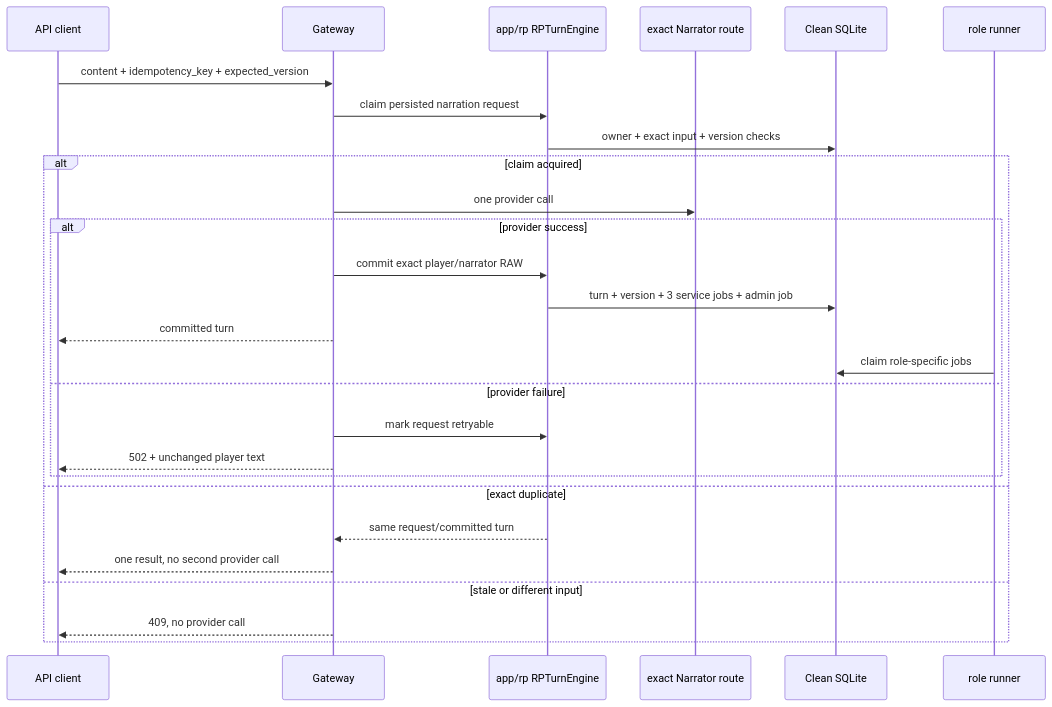
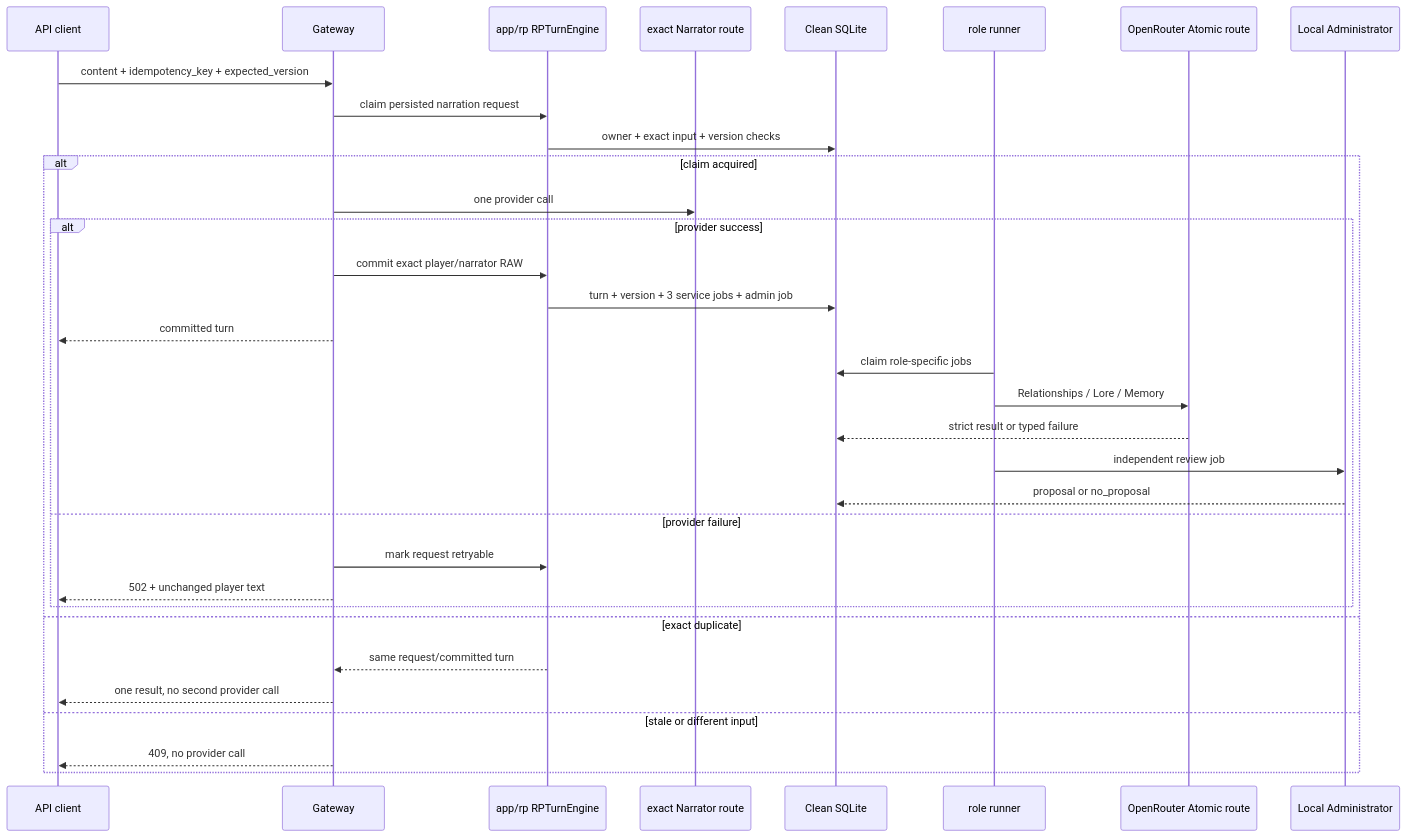
The eighth of 11 diagrams in docs/wiki/03-turn-lifecycle.md (abykovwww-byte/ubuntu_ansible_palybooks), drawn with Mermaid before and after one commit. The commit also changed other lines of this file and 9 other files, not shown here.

Commit message:
fix(rp-stack): move atomic service off local gemma

````diff
--- a/docs/wiki/03-turn-lifecycle.md
+++ b/docs/wiki/03-turn-lifecycle.md
@@ -533,30 +533,36 @@
 ```mermaid
 sequenceDiagram
     participant Client as API client
     participant API as Gateway
     participant Engine as app/rp RPTurnEngine
     participant Narrator as exact Narrator route
     participant DB as Clean SQLite
     participant Runner as role runner
+    participant Atomic as OpenRouter Atomic route
+    participant Admin as Local Administrator
 
     Client->>API: content + idempotency_key + expected_version
     API->>Engine: claim persisted narration request
     Engine->>DB: owner + exact input + version checks
     alt claim acquired
         API->>Narrator: one provider call
         alt provider success
             API->>Engine: commit exact player/narrator RAW
             Engine->>DB: turn + version + 3 service jobs + admin job
             API-->>Client: committed turn
             Runner->>DB: claim role-specific jobs
+            Runner->>Atomic: Relationships / Lore / Memory
+            Atomic-->>DB: strict result or typed failure
+            Runner->>Admin: independent review job
+            Admin-->>DB: proposal or no_proposal
         else provider failure
             API->>Engine: mark request retryable
             API-->>Client: 502 + unchanged player text
         end
     else exact duplicate
         Engine-->>API: same request/committed turn
         API-->>Client: one result, no second provider call
     else stale or different input
         API-->>Client: 409, no provider call
     end
 ```
````
